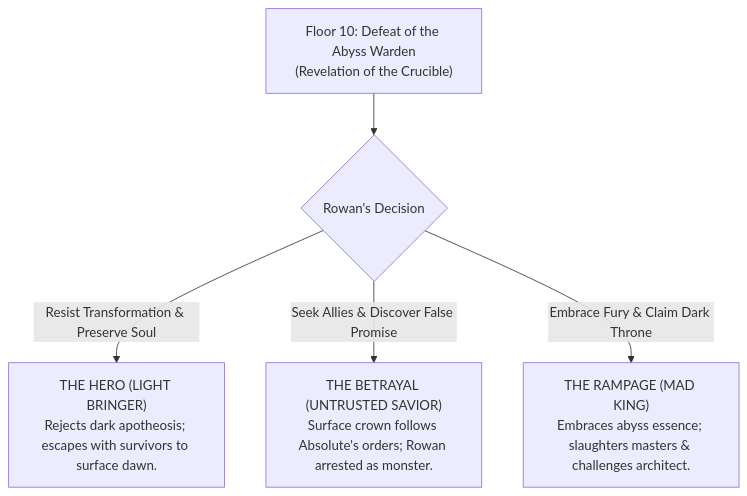
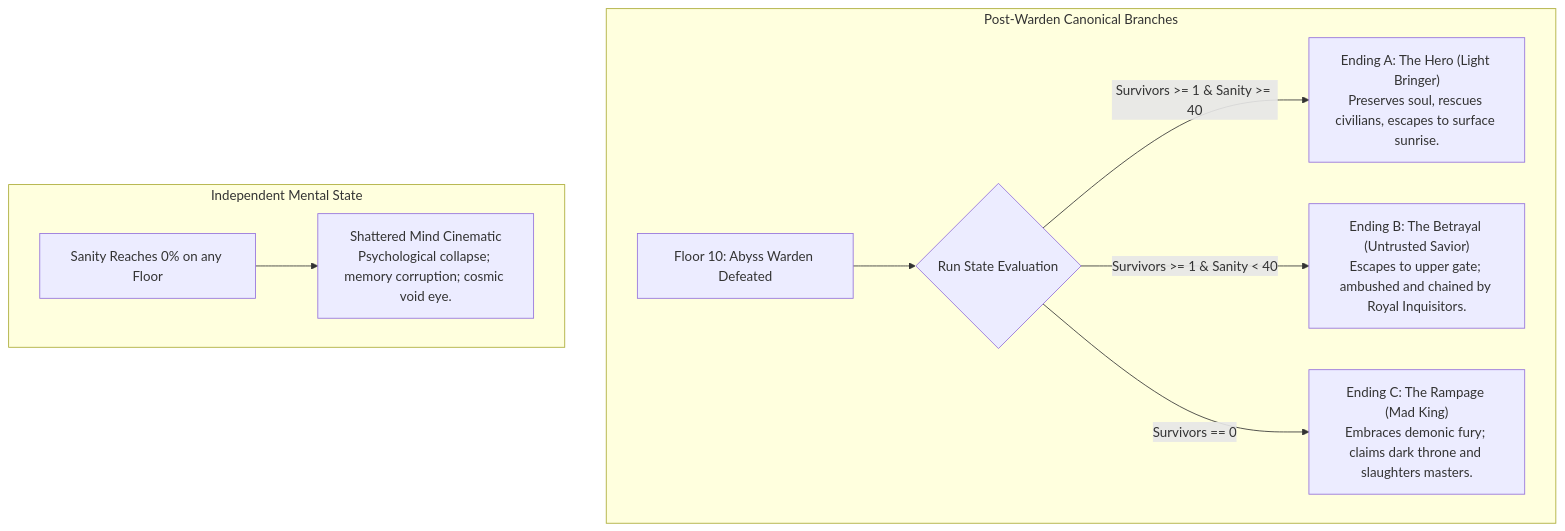
Before and after one commit to pdineshsampathram-spec/dungeon-break-abyss-ascension: the second of 2 diagrams in docs/DUNGEON_BREAK_LORE_BIBLE.md, drawn with Mermaid. The commit also changed other lines of this file and 231 other files, not shown here.

````diff
--- a/docs/DUNGEON_BREAK_LORE_BIBLE.md
+++ b/docs/DUNGEON_BREAK_LORE_BIBLE.md
@@ -72,7 +180,13 @@
 ```mermaid
 graph TD
-    Crucible["Floor 10: Defeat of the Abyss Warden\n(Revelation of the Crucible)"] --> Choice{"Rowan's Decision"}
-    Choice -->|"Resist Transformation & Preserve Soul"| EndingHero["THE HERO (LIGHT BRINGER)\nRejects dark apotheosis; escapes with survivors to surface dawn."]
-    Choice -->|"Seek Allies & Discover False Promise"| EndingBetrayal["THE BETRAYAL (UNTRUSTED SAVIOR)\nSurface crown follows Absolute's orders; Rowan arrested as monster."]
-    Choice -->|"Embrace Fury & Claim Dark Throne"| EndingRampage["THE RAMPAGE (MAD KING)\nEmbraces abyss essence; slaughters masters & challenges architect."]
+    subgraph WardenEndings["Post-Warden Canonical Branches"]
+        WardenDefeat["Floor 10: Abyss Warden Defeated"] --> ConditionCheck{"Run State Evaluation"}
+        ConditionCheck -->|"Survivors >= 1 & Sanity >= 40"| EndingHero["Ending A: The Hero (Light Bringer)\nPreserves soul, rescues civilians, escapes to surface sunrise."]
+        ConditionCheck -->|"Survivors >= 1 & Sanity < 40"| EndingBetrayal["Ending B: The Betrayal (Untrusted Savior)\nEscapes to upper gate; ambushed and chained by Royal Inquisitors."]
+        ConditionCheck -->|"Survivors == 0"| EndingRampage["Ending C: The Rampage (Mad King)\nEmbraces demonic fury; claims dark throne and slaughters masters."]
+    end
+
+    subgraph SanityCollapse["Independent Mental State"]
+        SanityZero["Sanity Reaches 0% on any Floor"] --> ShatteredMind["Shattered Mind Cinematic\nPsychological collapse; memory corruption; cosmic void eye."]
+    end
 ```
````
